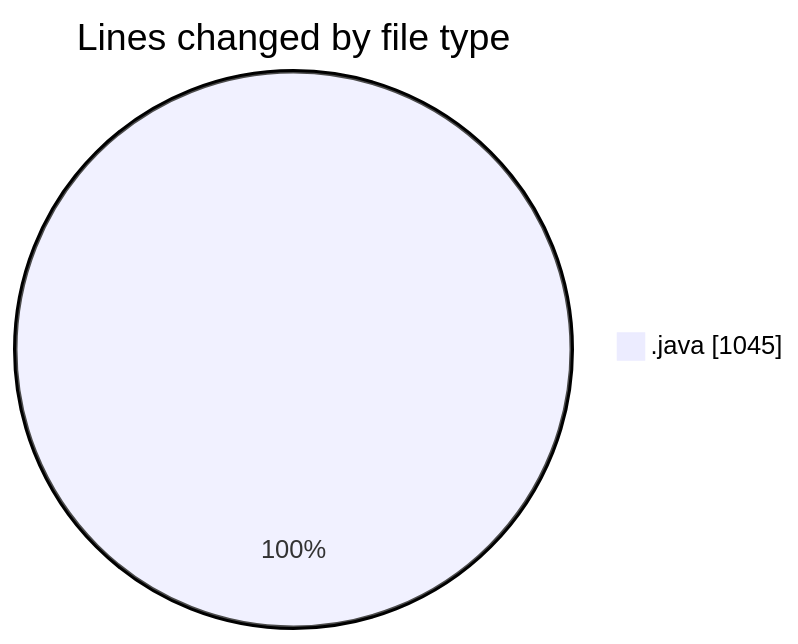
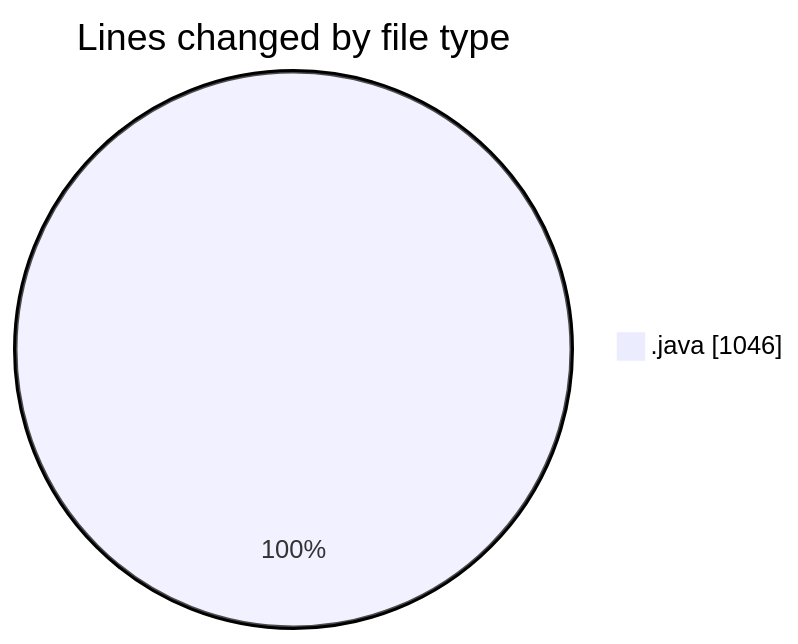
Before and after one commit to charlie-sans/code-tracking: the first of 2 diagrams in 2025-02-23/micros/README.md, drawn with Mermaid. The commit also changed other lines of this file and 1 other file, not shown here.

````diff
--- a/2025-02-23/micros/README.md
+++ b/2025-02-23/micros/README.md
@@ -22,5 +22,5 @@
 ```mermaid
 pie showData
 title Lines changed by file type
-".java" : 1045
+".java" : 1046
 ```
````
